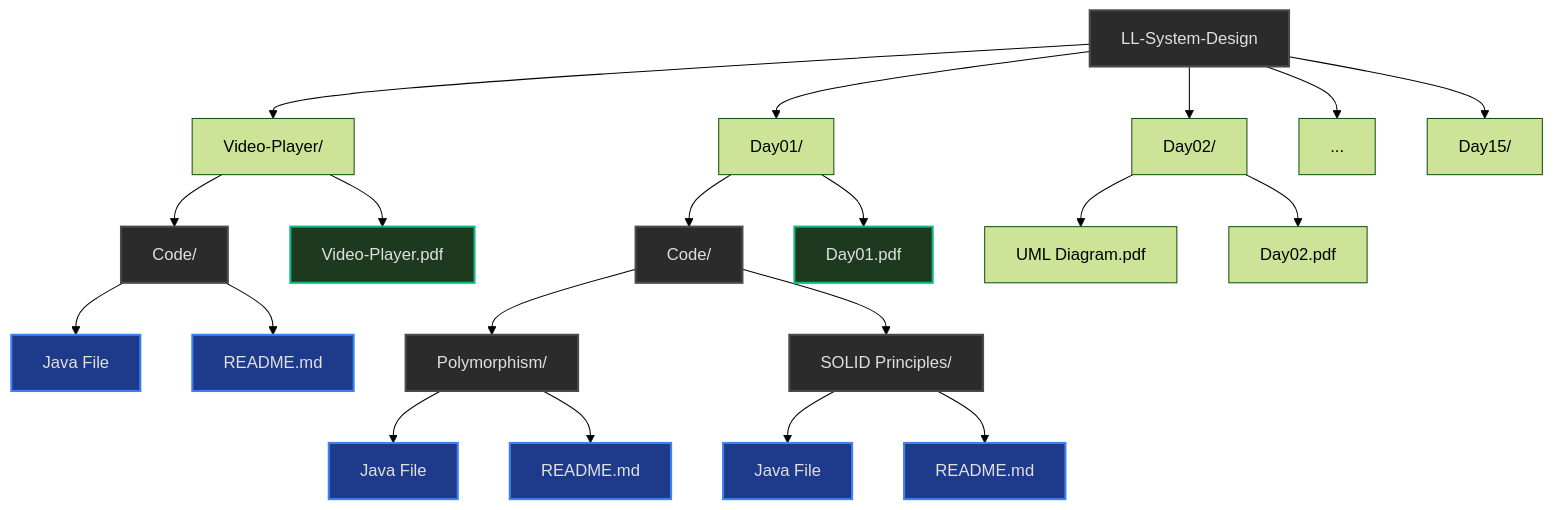
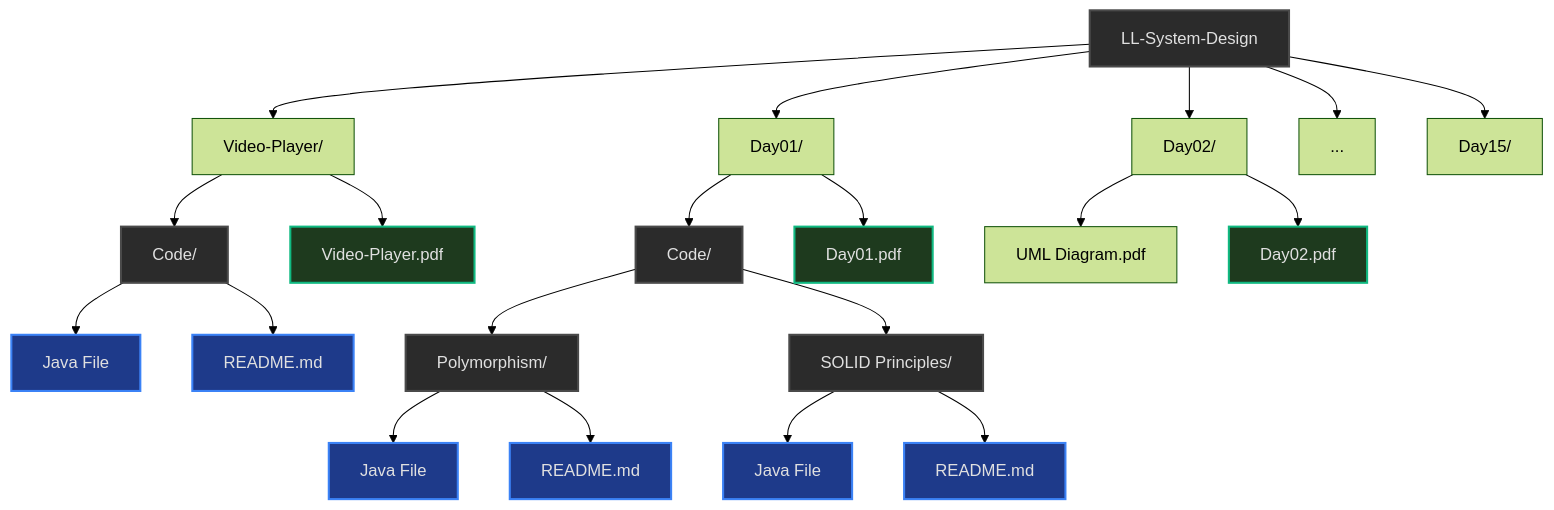
One commit to Shree2604/LL-System-Design changed the diagram in README.md. Above: the diagram before and after it, drawn with Mermaid (forest theme). The commit also changed other lines of this file, not shown here.

````diff
--- a/README.md
+++ b/README.md
@@ -13,38 +13,38 @@
 ```mermaid
 graph TD
     %% Main Repository Structure
     A[LL-System-Design] --> B[Video-Player/]
     A --> C[Day01/]
     A --> D[Day02/]
     A --> E[...]
     A --> F[Day15/]
     
     %% Video-Player Structure
     B --> B1[Code/]
     B1 --> B11[Java File]
     B1 --> B12[README.md]
     B --> B2[Video-Player.pdf]
     
     %% Day01 Structure
     C --> C1[Code/]
     C1 --> C11[Polymorphism/]
     C11 --> C111[Java File]
     C11 --> C112[README.md]
     C1 --> C12[SOLID Principles/]
     C12 --> C121[Java File]
     C12 --> C122[README.md]
     C --> C2[Day01.pdf]
 
     %% Day02 Structure
     D --> D1[UML Diagram.pdf]
     D --> D2[Day02.pdf]
     
     %% Styling
     classDef folder fill:#2b2b2b,stroke:#4a4a4a,color:#e0e0e0,stroke-width:2px
     classDef file fill:#1e3a8a,stroke:#3b82f6,color:#e0e0e0,stroke-width:2px
     classDef doc fill:#1e3a1e,stroke:#10b981,color:#e0e0e0,stroke-width:2px
     
     class A,C1,C11,C12,B1 folder
     class B11,B12,C111,C112,C121,C122 file
-    class B2,C2 doc
+    class B2,C2,D2 doc
 ```
````
